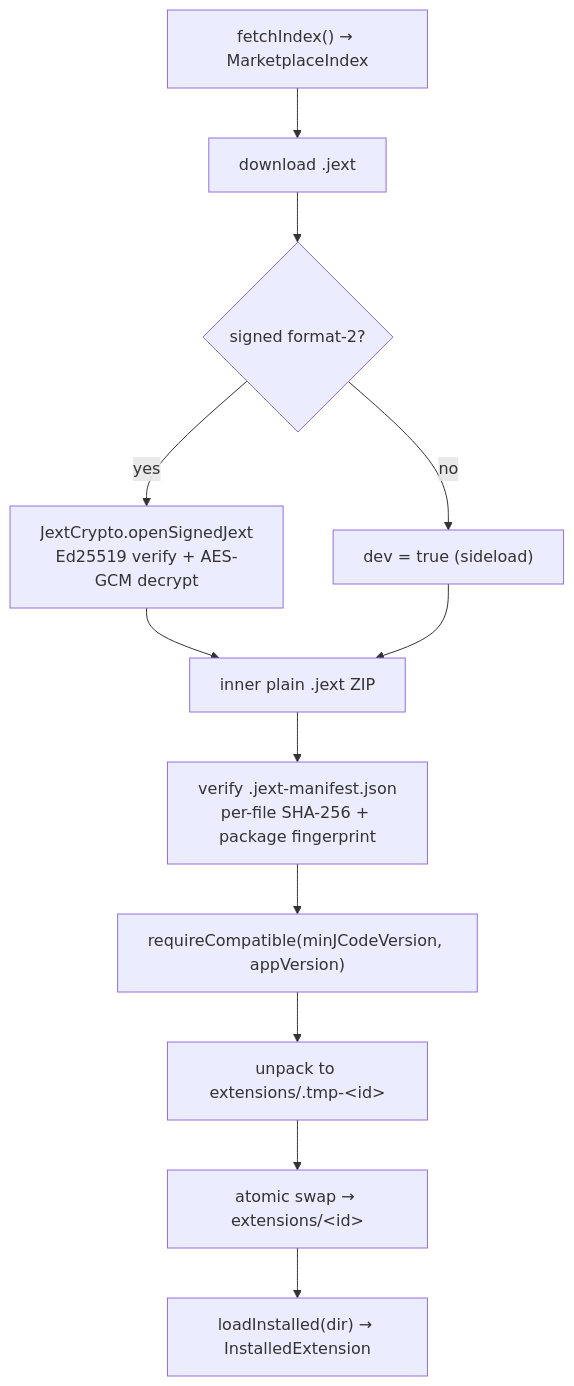
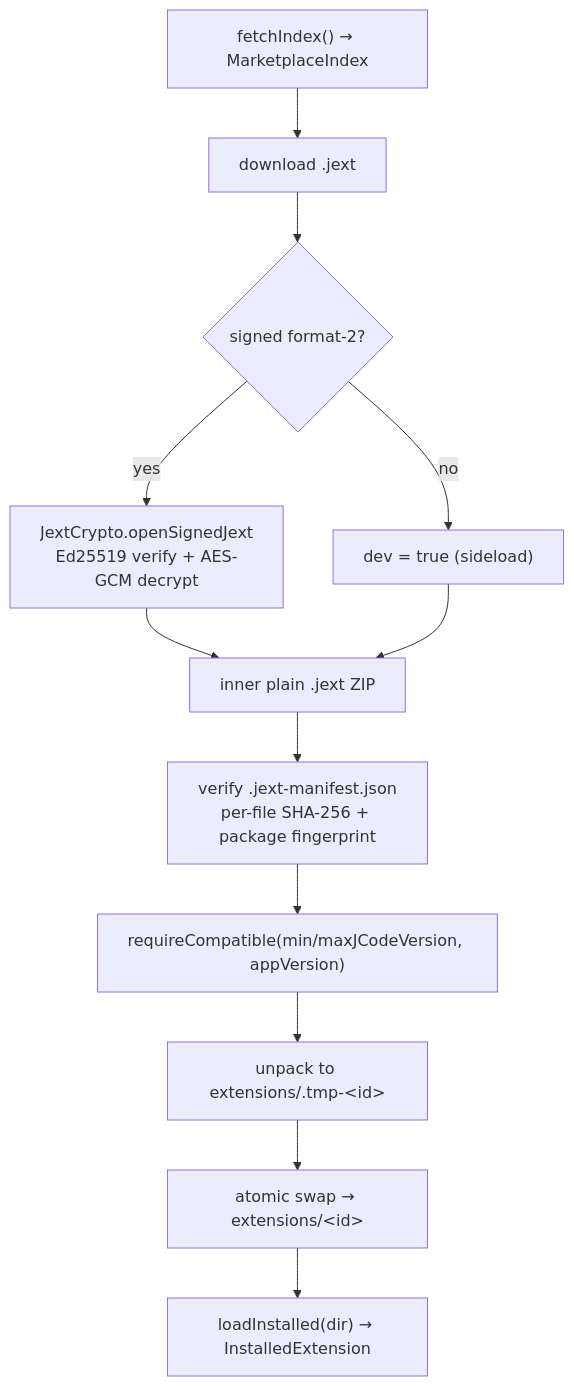
One commit to blamspotdev/j-code-android changed the diagram in docs/specifications/07-extensions/01-extension-model-and-lifecycle.md. Above: the diagram before and after it, drawn with Mermaid. The commit also changed other lines of this file and 7 other files, not shown here.

````diff
--- a/docs/specifications/07-extensions/01-extension-model-and-lifecycle.md
+++ b/docs/specifications/07-extensions/01-extension-model-and-lifecycle.md
@@ -146,14 +146,14 @@
 ```mermaid
 flowchart TB
     idx["fetchIndex() → MarketplaceIndex"] --> dl["download .jext"]
     dl --> sig{"signed format-2?"}
     sig -->|yes| open["JextCrypto.openSignedJext<br/>Ed25519 verify + AES-GCM decrypt"]
     sig -->|no| dev["dev = true (sideload)"]
     open --> zip["inner plain .jext ZIP"]
     dev --> zip
     zip --> fp["verify .jext-manifest.json<br/>per-file SHA-256 + package fingerprint"]
-    fp --> ver["requireCompatible(minJCodeVersion, appVersion)"]
+    fp --> ver["requireCompatible(min/maxJCodeVersion, appVersion)"]
     ver --> tmp["unpack to extensions/.tmp-&lt;id&gt;"]
     tmp --> swap["atomic swap → extensions/&lt;id&gt;"]
     swap --> load["loadInstalled(dir) → InstalledExtension"]
 ```
````
